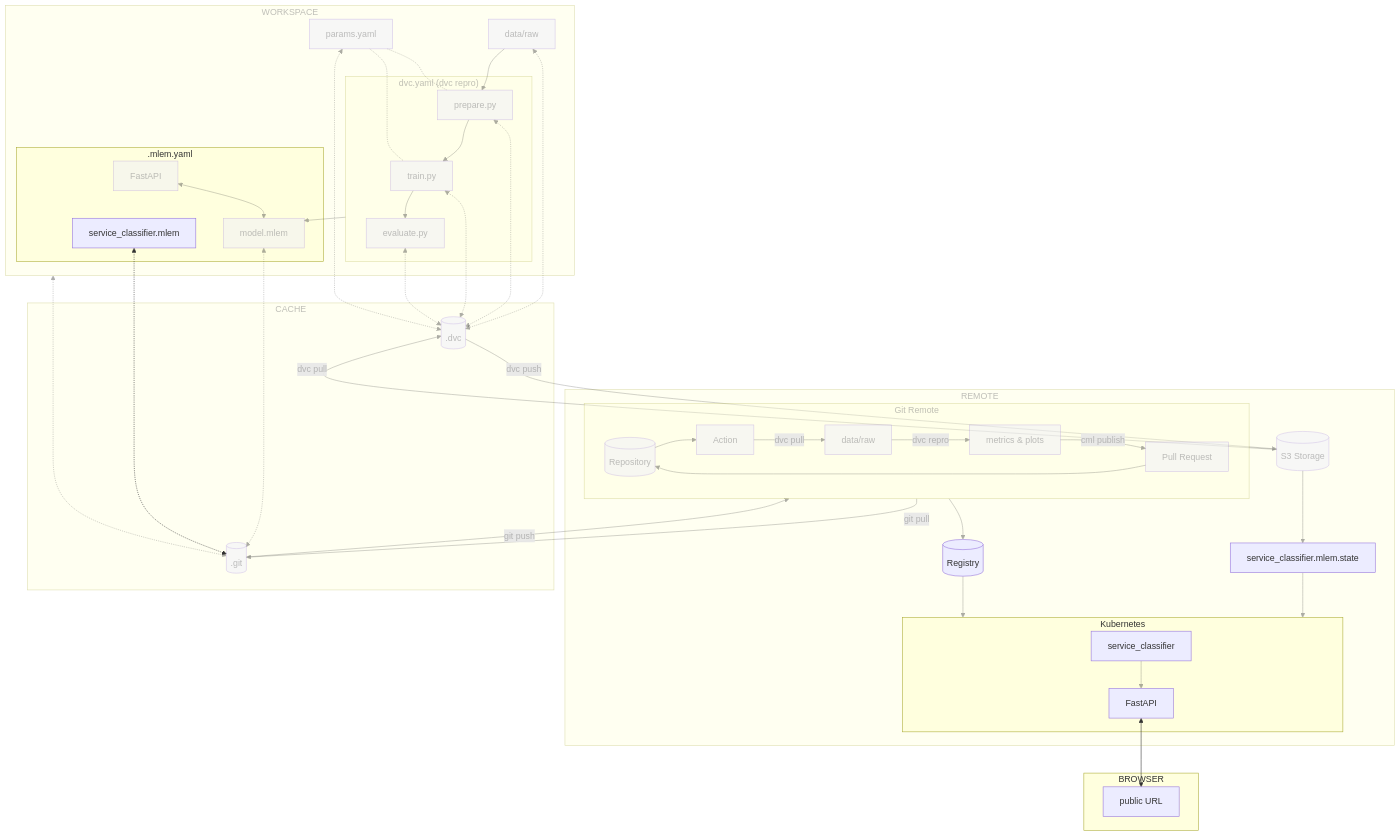
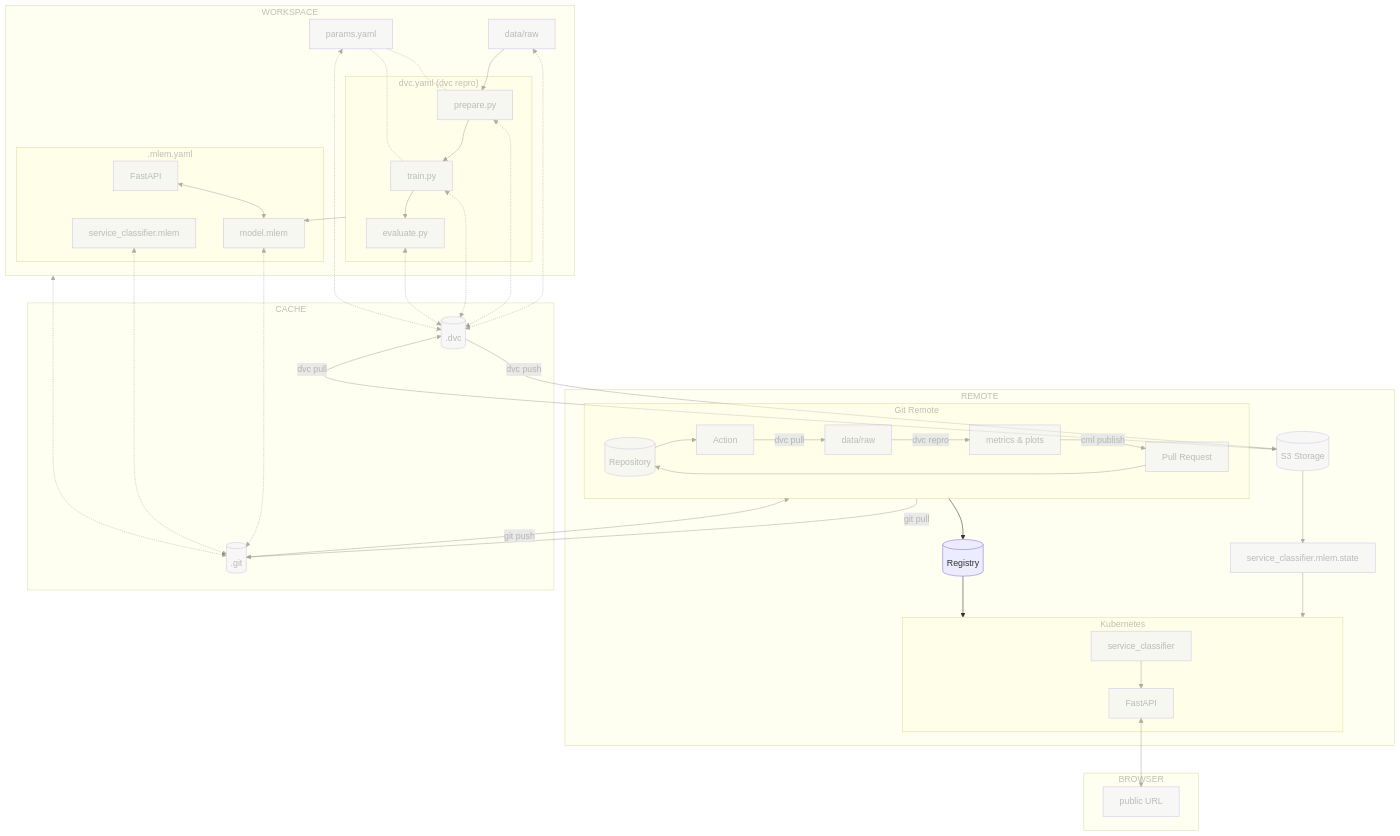
Before and after one commit to swiss-ai-center/a-guide-to-mlops: the diagram in docs/part-3-serve-and-deploy-the-model/chapter-14-continuous-deployment-of-the-model-with-mlem-and-the-cicd-pipeline.md, drawn with Mermaid. The commit also changed 1 other file, not shown here.

Commit message:
Adjust mermaid for Chapter 14

````diff
--- a/docs/part-3-serve-and-deploy-the-model/chapter-14-continuous-deployment-of-the-model-with-mlem-and-the-cicd-pipeline.md
+++ b/docs/part-3-serve-and-deploy-the-model/chapter-14-continuous-deployment-of-the-model-with-mlem-and-the-cicd-pipeline.md
@@ -46,7 +46,7 @@
         gitGraph --> registry[(Registry)]
         subgraph clusterGraph[Kubernetes]
             service_mlem_cluster[service_classifier]
-            service_mlem_cluster --> k8s[FastAPI]
+            service_mlem_cluster --> k8s_fastapi[FastAPI]
         end
         s3_storage --> service_mlem_cluster_state[service_classifier.mlem.state]
         service_mlem_cluster_state --> clusterGraph
@@ -78,7 +78,7 @@
         service_mlem <-.-> dot_git
     end
     subgraph browserGraph[BROWSER]
-        k8s <--> publicURL["public URL"]
+        k8s_fastapi <--> publicURL["public URL"]
     end
     style pr opacity:0.4,color:#7f7f7f80
     style workspaceGraph opacity:0.4,color:#7f7f7f80
@@ -100,6 +100,14 @@
     style gitGraph opacity:0.4,color:#7f7f7f80
     style mlem opacity:0.4,color:#7f7f7f80
     style fastapi opacity:0.4,color:#7f7f7f80
+    style service_mlem_cluster_state opacity:0.4,color:#7f7f7f80
+    style mlemGraph opacity:0.4,color:#7f7f7f80
+    style service_mlem opacity:0.4,color:#7f7f7f80
+    style clusterGraph opacity:0.4,color:#7f7f7f80
+    style service_mlem_cluster opacity:0.4,color:#7f7f7f80
+    style k8s_fastapi opacity:0.4,color:#7f7f7f80
+    style browserGraph opacity:0.4,color:#7f7f7f80
+    style publicURL opacity:0.4,color:#7f7f7f80
     linkStyle 0 opacity:0.4,color:#7f7f7f80
     linkStyle 1 opacity:0.4,color:#7f7f7f80
     linkStyle 2 opacity:0.4,color:#7f7f7f80
@@ -111,11 +119,9 @@
     linkStyle 8 opacity:0.4,color:#7f7f7f80
     linkStyle 9 opacity:0.4,color:#7f7f7f80
     linkStyle 10 opacity:0.4,color:#7f7f7f80
-    linkStyle 11 opacity:0.4,color:#7f7f7f80
     linkStyle 12 opacity:0.4,color:#7f7f7f80
     linkStyle 13 opacity:0.4,color:#7f7f7f80
     linkStyle 14 opacity:0.4,color:#7f7f7f80
-    linkStyle 15 opacity:0.4,color:#7f7f7f80
     linkStyle 16 opacity:0.4,color:#7f7f7f80
     linkStyle 17 opacity:0.4,color:#7f7f7f80
     linkStyle 18 opacity:0.4,color:#7f7f7f80
@@ -128,4 +134,6 @@
     linkStyle 25 opacity:0.4,color:#7f7f7f80
     linkStyle 26 opacity:0.4,color:#7f7f7f80
     linkStyle 27 opacity:0.4,color:#7f7f7f80
+    linkStyle 28 opacity:0.4,color:#7f7f7f80
+    linkStyle 29 opacity:0.4,color:#7f7f7f80
 ```
````
